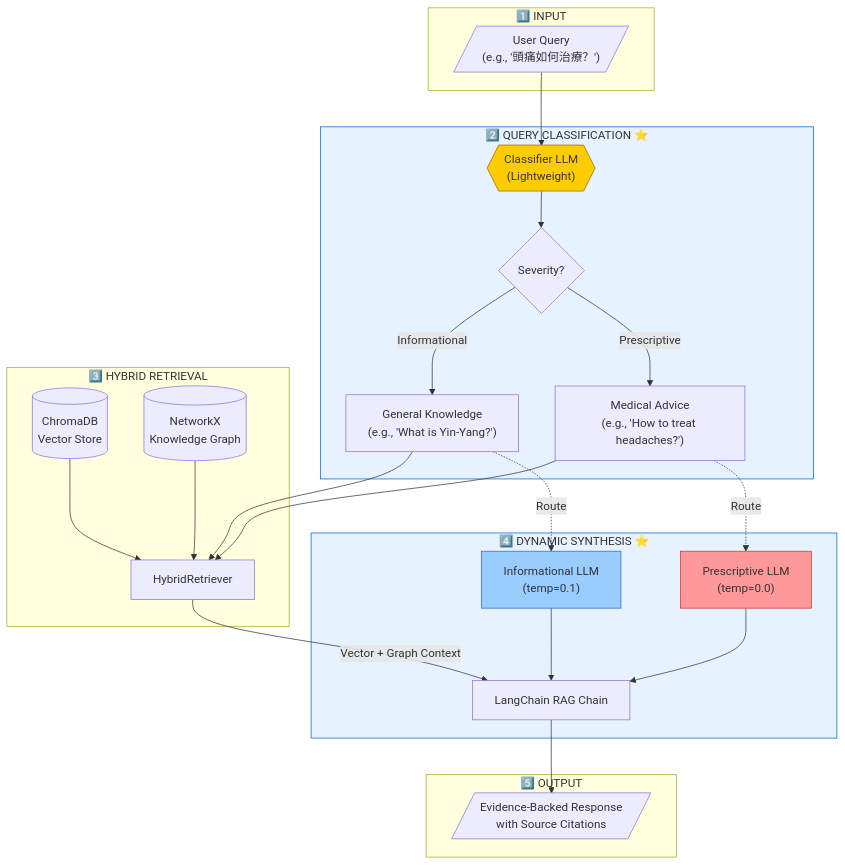
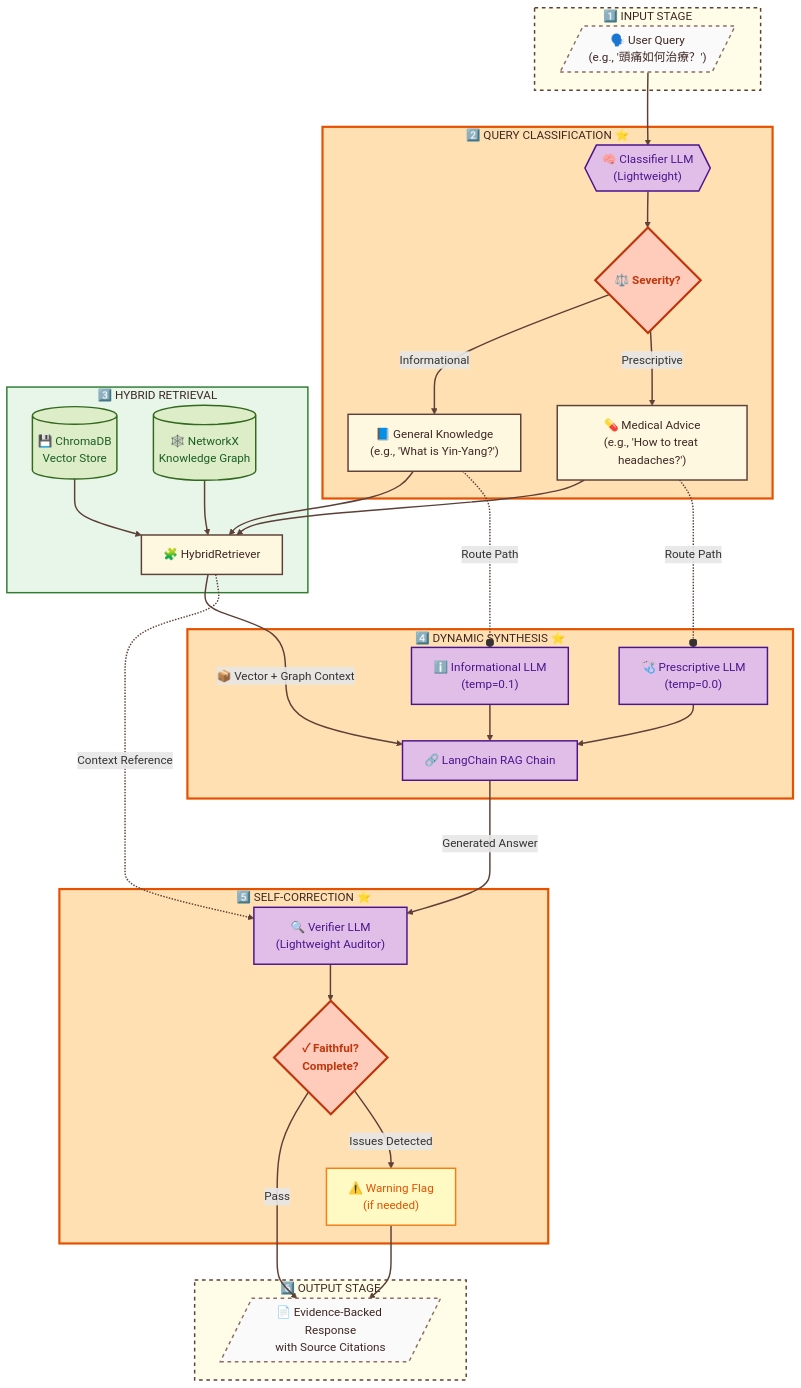
Before and after one commit to AndyZHENG0715/TCM-Sage: the first of 4 diagrams in docs/architecture_diagrams.md, drawn with Mermaid. The commit also changed other lines of this file and 33 other files, not shown here.

````diff
--- a/docs/architecture_diagrams.md
+++ b/docs/architecture_diagrams.md
@@ -11,47 +11,106 @@
 ```mermaid
 flowchart TD
-    subgraph INPUT["1️⃣ INPUT"]
-        A[/"User Query<br/>(e.g., '頭痛如何治療？')"/]
+
+    %% Define Global Link Style for an organic, inked feel
+    linkStyle default stroke:#5D4037,stroke-width:2px,fill:none,interpolation basis
+
+    %% --- STAGE 1: INPUT ---
+    subgraph INPUT["1️⃣ INPUT STAGE"]
+        A[/"🗣️ User Query<br/>(e.g., '頭痛如何治療？')"/]
     end
 
+    %% --- STAGE 2: CLASSIFY (Highlighted) ---
     subgraph CLASSIFY["2️⃣ QUERY CLASSIFICATION ⭐"]
-        B{{"Classifier LLM<br/>(Lightweight)"}}
-        B --> C{"Severity?"}
-        C -->|Informational| D["General Knowledge<br/>(e.g., 'What is Yin-Yang?')"]
-        C -->|Prescriptive| E["Medical Advice<br/>(e.g., 'How to treat headaches?')"]
+        B{{"🧠 Classifier LLM<br/>(Lightweight)"}}
+        B --> C{"⚖️ Severity?"}
+        C -->|Informational| D["📘 General Knowledge<br/>(e.g., 'What is Yin-Yang?')"]
+        C -->|Prescriptive| E["💊 Medical Advice<br/>(e.g., 'How to treat headaches?')"]
     end
 
+    %% --- STAGE 3: RETRIEVE ---
     subgraph RETRIEVE["3️⃣ HYBRID RETRIEVAL"]
-        F[("ChromaDB<br/>Vector Store")]
-        G[("NetworkX<br/>Knowledge Graph")]
-        H["HybridRetriever"]
+        F[("💾 ChromaDB<br/>Vector Store")]
+        G[("🕸️ NetworkX<br/>Knowledge Graph")]
+        H["🧩 HybridRetriever"]
         F --> H
         G --> H
     end
 
+    %% --- STAGE 4: SYNTHESIS (Highlighted) ---
     subgraph SYNTHESIZE["4️⃣ DYNAMIC SYNTHESIS ⭐"]
-        I["Informational LLM<br/>(temp=0.1)"]
-        J["Prescriptive LLM<br/>(temp=0.0)"]
-        K["LangChain RAG Chain"]
+        I["ℹ️ Informational LLM<br/>(temp=0.1)"]
+        J["🩺 Prescriptive LLM<br/>(temp=0.0)"]
+        K["🔗 LangChain RAG Chain"]
     end
 
-    subgraph OUTPUT["5️⃣ OUTPUT"]
-        L[/"Evidence-Backed Response<br/>with Source Citations"/]
+    %% --- STAGE 5: SELF-CORRECTION (Highlighted) ---
+    subgraph VERIFY["5️⃣ SELF-CORRECTION ⭐"]
+        M["🔍 Verifier LLM<br/>(Lightweight Auditor)"]
+        N{"✓ Faithful?<br/>Complete?"}
+        O["⚠️ Warning Flag<br/>(if needed)"]
     end
 
+    %% --- STAGE 6: OUTPUT ---
+    subgraph OUTPUT["6️⃣ OUTPUT STAGE"]
+        L[/"📄 Evidence-Backed Response<br/>with Source Citations"/]
+    end
+
+    %% --- Main Flow Connections ---
     A --> B
     D --> H
     E --> H
-    H -->|"Vector + Graph Context"| K
-    D -.->|"Route"| I
-    E -.->|"Route"| J
+    H ===>|"📦 Vector + Graph Context"| K
+
+    %% Routing indications (subtle dotted lines)
+    D -.-o|"Route Path"| I
+    E -.-o|"Route Path"| J
+
+    %% Synthesis Flow
     I --> K
     J --> K
-    K --> L
+    K ===>|"Generated Answer"| M
 
-    style CLASSIFY fill:#e6f3ff,stroke:#0066cc
-    style SYNTHESIZE fill:#e6f3ff,stroke:#0066cc
-    style B fill:#ffcc00,stroke:#996600
-    style I fill:#99ccff,stroke:#3366cc
-    style J fill:#ff9999,stroke:#cc3333
+    %% Self-Correction Flow
+    H -.->|"Context Reference"| M
+    M --> N
+    N -->|"Pass"| L
+    N -->|"Issues Detected"| O
+    O --> L
+
+    %% --- TCM Manuscript Theme Classes ---
+    %% Standard Process Node
+    classDef default fill:#FFF8E1,stroke:#5D4037,stroke-width:2px,color:#3E2723;
+
+    %% Input/Output Data (Parallelograms) - Lighter paper look
+    classDef io fill:#FAFAFA,stroke:#8D6E63,stroke-width:2px,stroke-dasharray: 5 5,color:#3E2723;
+
+    %% Decision Points/Important Logic - Cinnabar Red
+    classDef decision fill:#FFCCBC,stroke:#BF360C,stroke-width:3px,color:#BF360C,font-weight:bold;
+
+    %% Databases - Herbal Green
+    classDef db fill:#DCEDC8,stroke:#33691E,stroke-width:2px,color:#1B5E20;
+
+    %% AI/LLM Nodes - Distinct Ink Color (e.g., specialized purple/grey ink)
+    classDef ai fill:#E1BEE7,stroke:#4A148C,stroke-width:2px,color:#4A148C;
+
+    %% Warning/Alert Nodes - Amber/Yellow
+    classDef warning fill:#FFF9C4,stroke:#F57F17,stroke-width:2px,color:#E65100;
+
+    %% Apply Classes
+    class A,L io;
+    class C,N decision;
+    class F,G db;
+    class B,I,J,K,M ai;
+    class O warning;
+
+    %% --- Subgraph Styling ---
+    %% Standard Stages: Light parchment
+    style INPUT fill:#FFFDE7,stroke:#5D4037,stroke-width:2px,color:#3E2723,stroke-dasharray: 5 5
+    style RETRIEVE fill:#E8F5E9,stroke:#2E7D32,stroke-width:2px,color:#3E2723
+    style OUTPUT fill:#FFFDE7,stroke:#5D4037,stroke-width:2px,color:#3E2723,stroke-dasharray: 5 5
+
+    %% Highlighted "Star" Stages: Richer tone, thicker border to emphasize FYP contribution
+    style CLASSIFY fill:#FFE0B2,stroke:#E65100,stroke-width:3px,color:#3E2723
+    style SYNTHESIZE fill:#FFE0B2,stroke:#E65100,stroke-width:3px,color:#3E2723
+    style VERIFY fill:#FFE0B2,stroke:#E65100,stroke-width:3px,color:#3E2723
 ```
````
